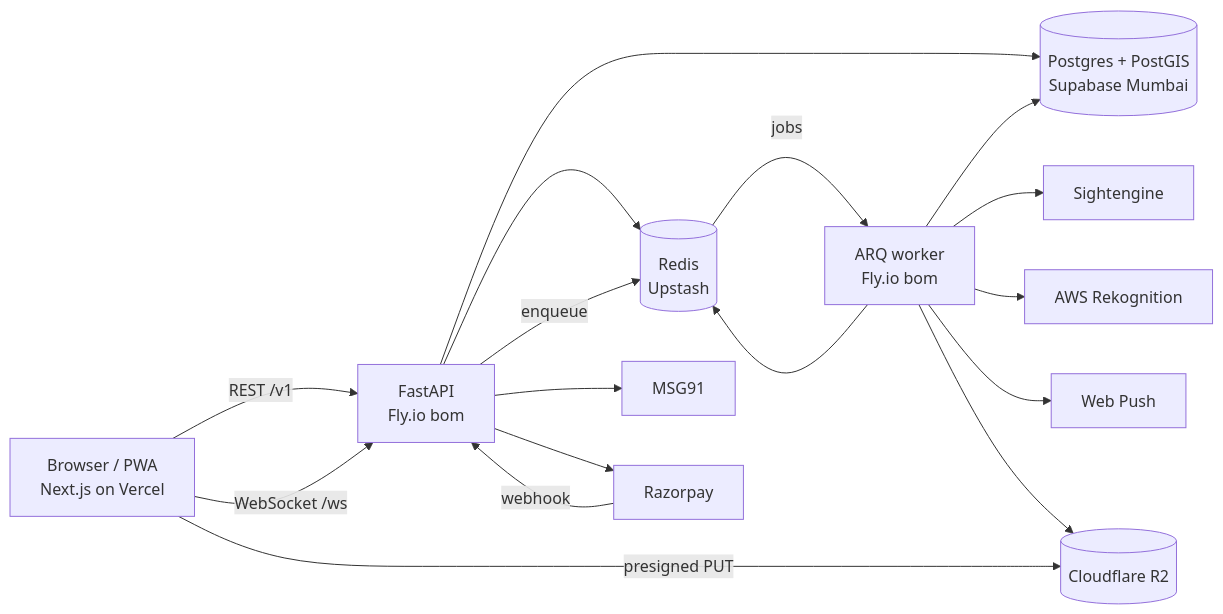
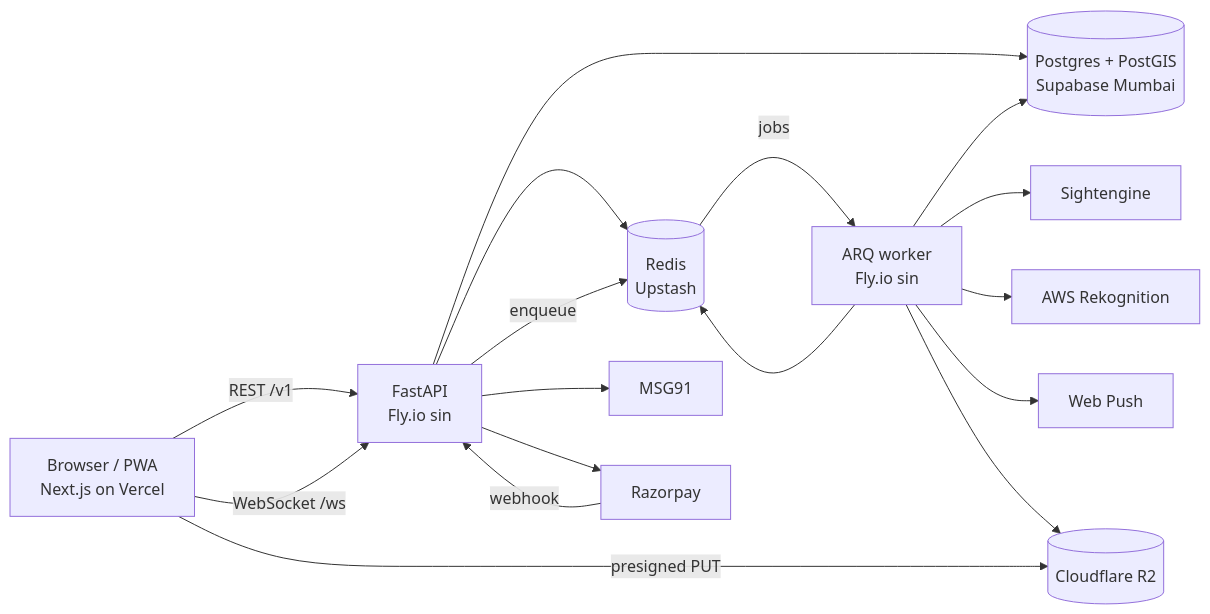
Before and after one commit to shubhamom0820-SK/velora: the first of 3 diagrams in docs/02-ARCHITECTURE.md, drawn with Mermaid. The commit also changed 7 other files, not shown here.

Commit message:
ci: run the staging API on Fly in Singapore, data in Mumbai (D-048) [T-1.22]

````diff
--- a/docs/02-ARCHITECTURE.md
+++ b/docs/02-ARCHITECTURE.md
@@ -5,19 +5,19 @@
 ```mermaid
 flowchart LR
-  B[Browser / PWA<br/>Next.js on Vercel] -- REST /v1 --> A[FastAPI<br/>Fly.io bom]
+  B[Browser / PWA<br/>Next.js on Vercel] -- REST /v1 --> A[FastAPI<br/>Fly.io sin]
   B -- WebSocket /ws --> A
   B -- presigned PUT --> R2[(Cloudflare R2)]
   A --> PG[(Postgres + PostGIS<br/>Supabase Mumbai)]
   A --> RD[(Redis<br/>Upstash)]
-  W[ARQ worker<br/>Fly.io bom] --> PG
+  W[ARQ worker<br/>Fly.io sin] --> PG
   W --> RD
   A -- enqueue --> RD
   RD -- jobs --> W
   A --> SMS[MSG91]
   A --> RZ[Razorpay]
   RZ -- webhook --> A
   W --> MOD[Sightengine]
   W --> FACE[AWS Rekognition]
   W --> PUSH[Web Push]
   W --> R2
 ```
````
